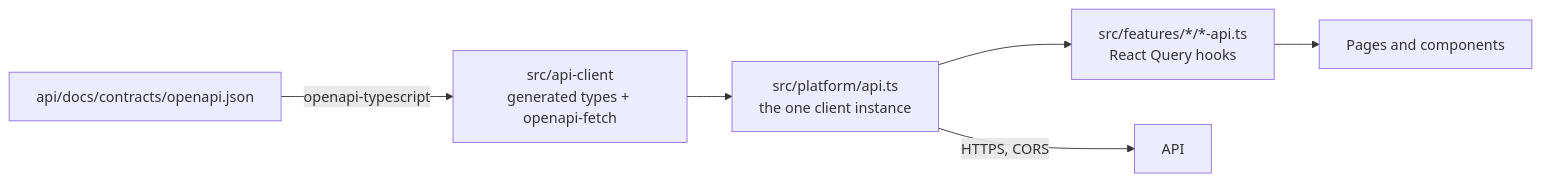
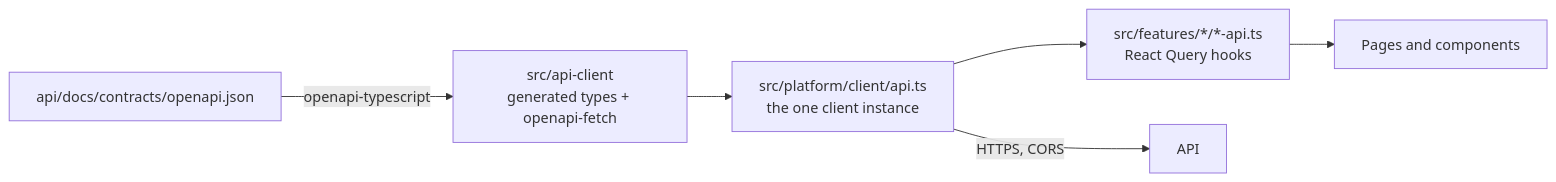
Before and after one commit to Weretik/home-app: the first of 2 diagrams in web/docs/architecture.md, drawn with Mermaid. The commit also changed other lines of this file and 258 other files, not shown here.

````diff
--- a/web/docs/architecture.md
+++ b/web/docs/architecture.md
@@ -3,8 +3,8 @@
 ```mermaid
 flowchart LR
     contract["api/docs/contracts/openapi.json"] -->|openapi-typescript| client["src/api-client<br/>generated types + openapi-fetch"]
-    client --> platform["src/platform/api.ts<br/>the one client instance"]
+    client --> platform["src/platform/client/api.ts<br/>the one client instance"]
     platform --> features["src/features/*/*-api.ts<br/>React Query hooks"]
     features --> screens["Pages and components"]
     platform -->|"HTTPS, CORS"| api["API"]
 ```
````
